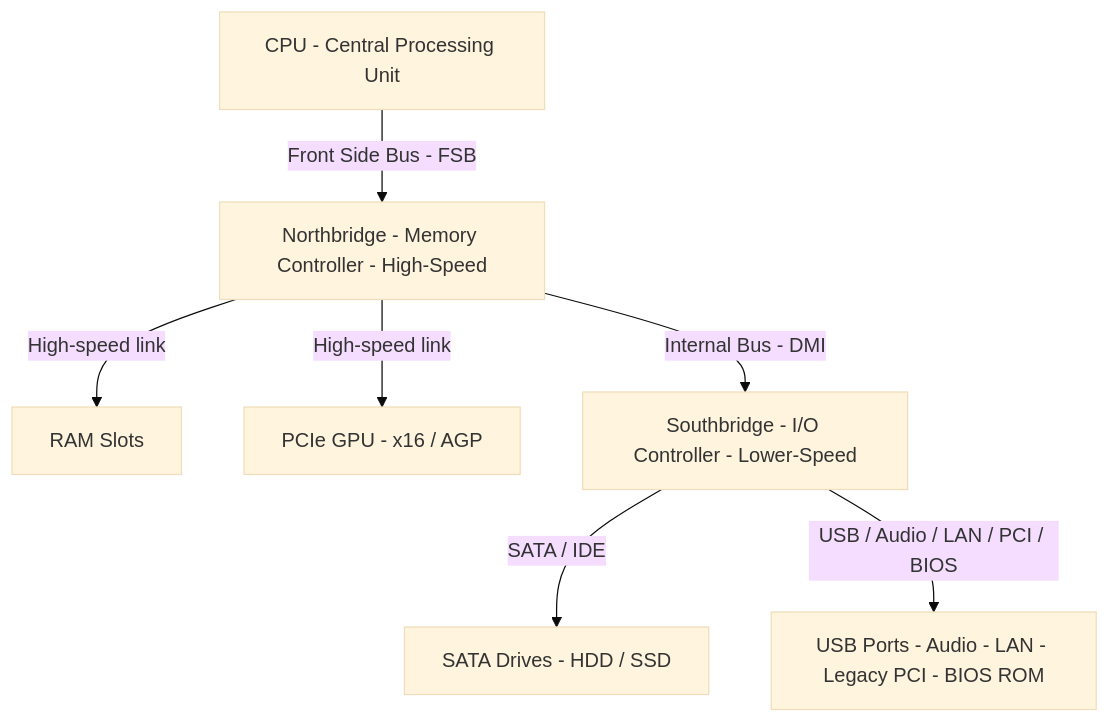
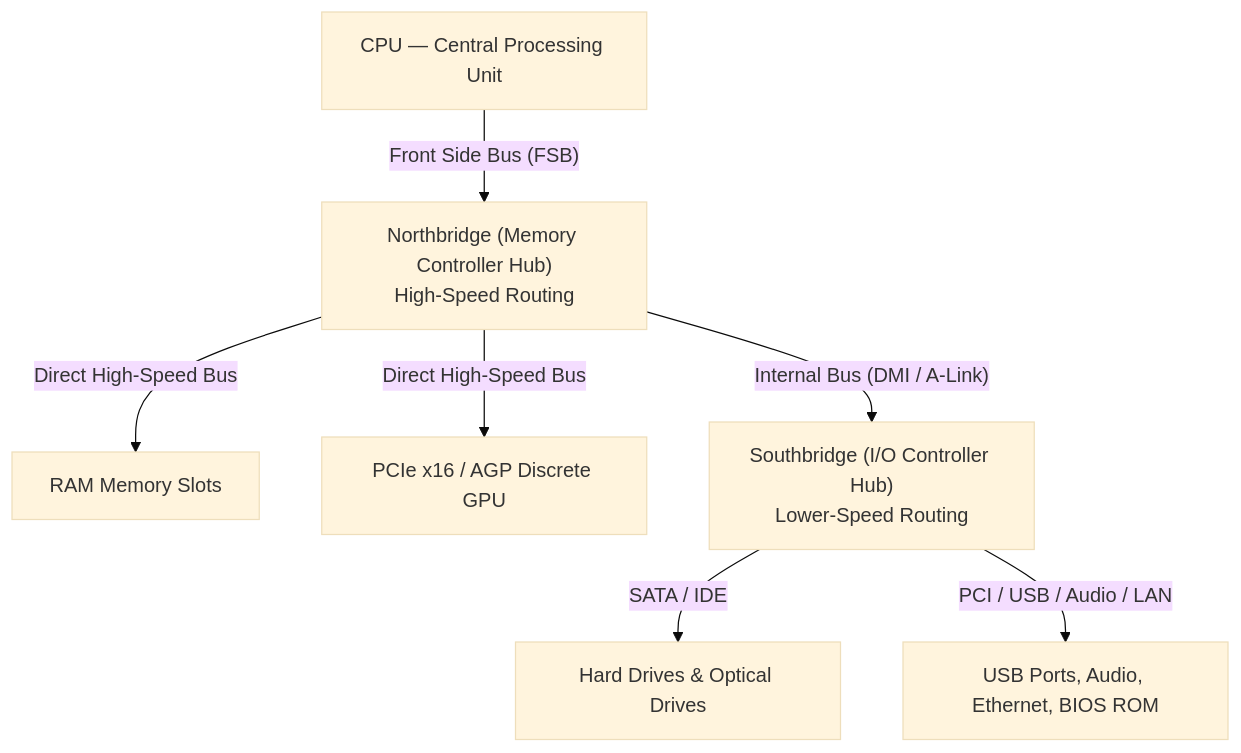
One commit to 1345AbhishekKumar/cs-cookbook changed the second of 4 diagrams in content/docs/computer-basics/it-support/06-computer-hardware-architecture.mdx. Above: the diagram before and after it, drawn with Mermaid (base theme). The commit also changed other lines of this file and 299 other files, not shown here.

````diff
--- a/content/docs/computer-basics/it-support/06-computer-hardware-architecture.mdx
+++ b/content/docs/computer-basics/it-support/06-computer-hardware-architecture.mdx
@@ -96,9 +141,9 @@
 ```mermaid
 flowchart TD
-  CPU["CPU - Central Processing Unit"] -->|Front Side Bus - FSB| NB["Northbridge - Memory Controller - High-Speed"]
-  NB -->|High-speed link| RAM["RAM Slots"]
-  NB -->|High-speed link| GPU["PCIe GPU - x16 / AGP"]
-  NB -->|Internal Bus - DMI| SB["Southbridge - I/O Controller - Lower-Speed"]
-  SB -->|SATA / IDE| SATA["SATA Drives - HDD / SSD"]
-  SB -->|USB / Audio / LAN / PCI / BIOS| IO["USB Ports - Audio - LAN - Legacy PCI - BIOS ROM"]
+  CPU["CPU — Central Processing Unit"] -->|"Front Side Bus (FSB)"| NB["Northbridge (Memory Controller Hub)<br/>High-Speed Routing"]
+  NB -->|"Direct High-Speed Bus"| RAM["RAM Memory Slots"]
+  NB -->|"Direct High-Speed Bus"| GPU["PCIe x16 / AGP Discrete GPU"]
+  NB -->|"Internal Bus (DMI / A-Link)"| SB["Southbridge (I/O Controller Hub)<br/>Lower-Speed Routing"]
+  SB -->|"SATA / IDE"| SATA["Hard Drives & Optical Drives"]
+  SB -->|"PCI / USB / Audio / LAN"| IO["USB Ports, Audio, Ethernet, BIOS ROM"]
 ```
````
